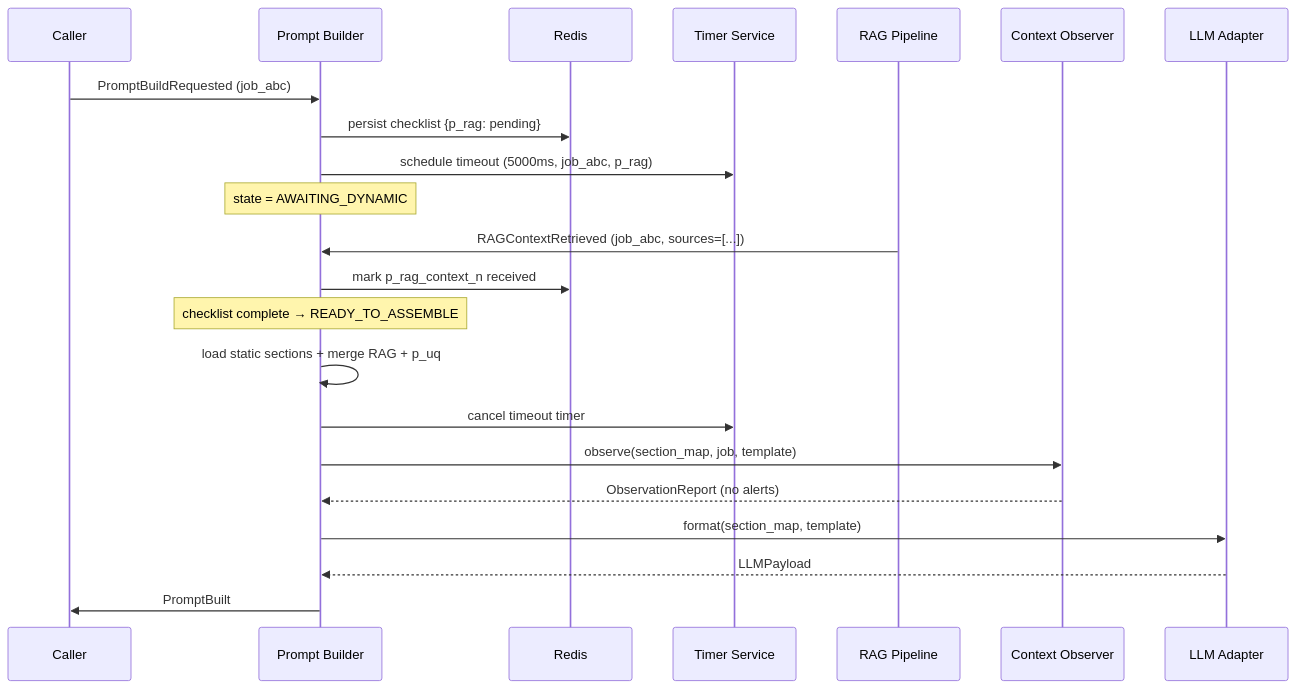
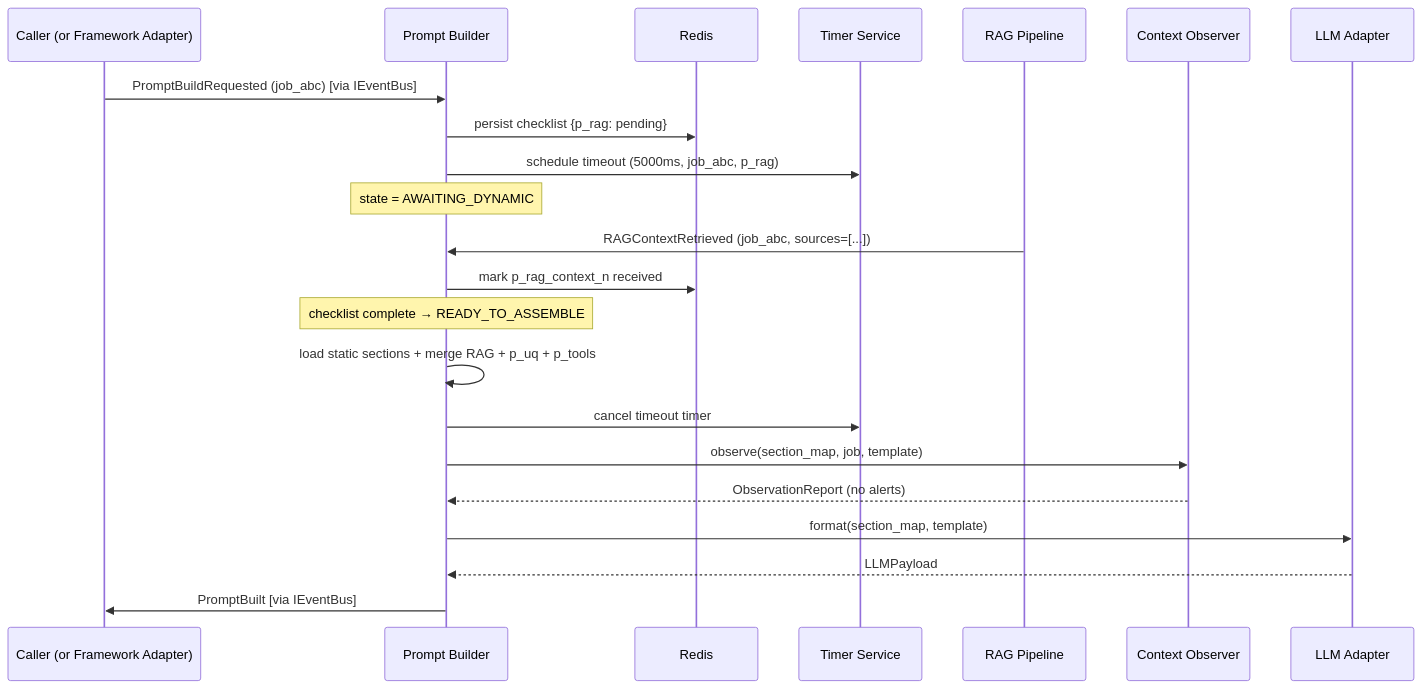
Before and after one commit to Siddharth2908/Prompt_Builder: the seventh of 8 diagrams in AWA_Prompt_Builder_TDD.md, drawn with Mermaid. The commit also changed other lines of this file, not shown here.

````diff
--- a/AWA_Prompt_Builder_TDD.md
+++ b/AWA_Prompt_Builder_TDD.md
@@ -1457,27 +1817,27 @@
 ```mermaid
 sequenceDiagram
-    participant C  as Caller
+    participant C  as Caller (or Framework Adapter)
     participant PB as Prompt Builder
     participant R  as Redis
     participant T  as Timer Service
     participant RP as RAG Pipeline
     participant CO as Context Observer
     participant LA as LLM Adapter
 
-    C  ->> PB : PromptBuildRequested (job_abc)
+    C  ->> PB : PromptBuildRequested (job_abc) [via IEventBus]
     PB ->> R  : persist checklist {p_rag: pending}
     PB ->> T  : schedule timeout (5000ms, job_abc, p_rag)
     Note over PB: state = AWAITING_DYNAMIC
 
     RP ->> PB : RAGContextRetrieved (job_abc, sources=[...])
     PB ->> R  : mark p_rag_context_n received
     Note over PB: checklist complete → READY_TO_ASSEMBLE
 
-    PB ->> PB : load static sections + merge RAG + p_uq
+    PB ->> PB : load static sections + merge RAG + p_uq + p_tools
     PB ->> T  : cancel timeout timer
     PB ->> CO : observe(section_map, job, template)
     CO -->> PB : ObservationReport (no alerts)
     PB ->> LA : format(section_map, template)
     LA -->> PB : LLMPayload
-    PB ->> C  : PromptBuilt
+    PB ->> C  : PromptBuilt [via IEventBus]
 ```
````
